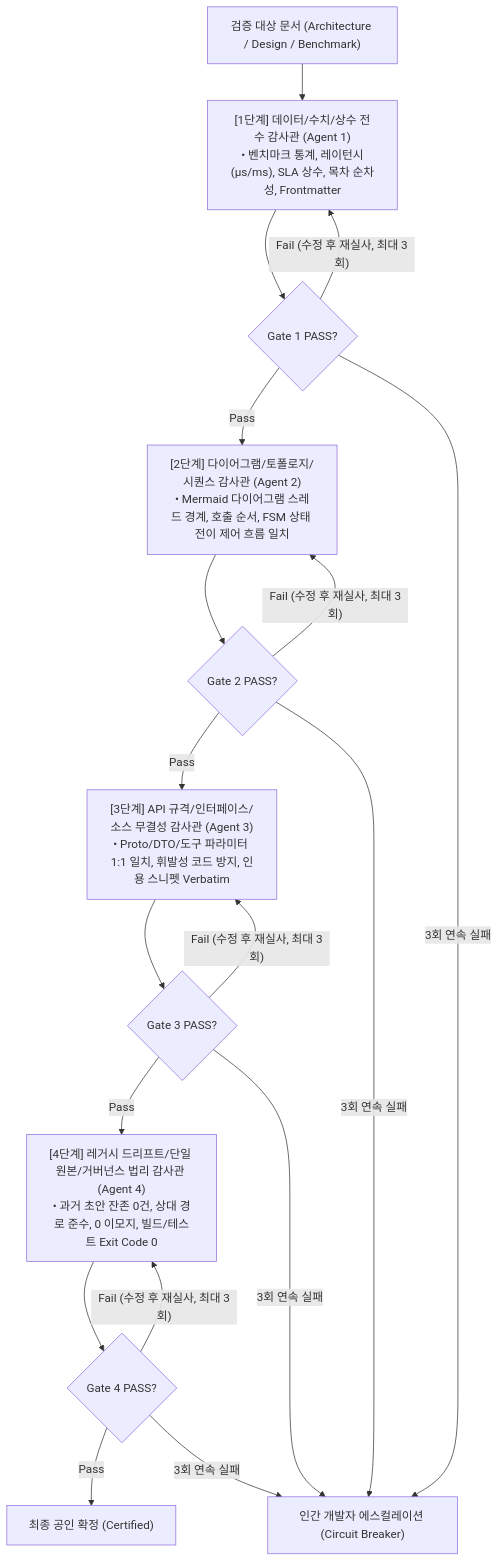
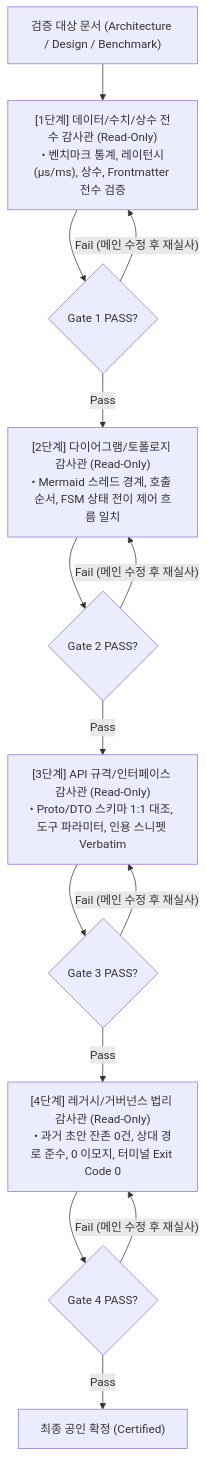
Before and after one commit to jin20203458/Obsidian.Agent: the diagram in ai_agent_refs/Independent_Audit_Protocol_Guidelines.md, drawn with Mermaid. The commit also changed other lines of this file and 3 other files, not shown here.

````diff
--- a/ai_agent_refs/Independent_Audit_Protocol_Guidelines.md
+++ b/ai_agent_refs/Independent_Audit_Protocol_Guidelines.md
@@ -47,36 +42,28 @@
 ```mermaid
 flowchart TD
     Doc["검증 대상 문서 (Architecture / Design / Benchmark)"]
 
-    Stage1["[1단계] 데이터/수치/상수 전수 감사관 (Agent 1)<br>• 벤치마크 통계, 레이턴시(μs/ms), SLA 상수, 목차 순차성, Frontmatter"]
+    Stage1["[1단계] 데이터/수치/상수 전수 감사관 (Read-Only)<br>• 벤치마크 통계, 레이턴시(μs/ms), 상수, Frontmatter 전수 검증"]
     Gate1{"Gate 1 PASS?"}
     
-    Stage2["[2단계] 다이어그램/토폴로지/시퀀스 감사관 (Agent 2)<br>• Mermaid 다이어그램 스레드 경계, 호출 순서, FSM 상태 전이 제어 흐름 일치"]
+    Stage2["[2단계] 다이어그램/토폴로지 감사관 (Read-Only)<br>• Mermaid 스레드 경계, 호출 순서, FSM 상태 전이 제어 흐름 일치"]
     Gate2{"Gate 2 PASS?"}
 
-    Stage3["[3단계] API 규격/인터페이스/소스 무결성 감사관 (Agent 3)<br>• Proto/DTO/도구 파라미터 1:1 일치, 휘발성 코드 방지, 인용 스니펫 Verbatim"]
+    Stage3["[3단계] API 규격/인터페이스 감사관 (Read-Only)<br>• Proto/DTO 스키마 1:1 대조, 도구 파라미터, 인용 스니펫 Verbatim"]
     Gate3{"Gate 3 PASS?"}
 
-    Stage4["[4단계] 레거시 드리프트/단일 원본/거버넌스 법리 감사관 (Agent 4)<br>• 과거 초안 잔존 0건, 상대 경로 준수, 0 이모지, 빌드/테스트 Exit Code 0"]
+    Stage4["[4단계] 레거시/거버넌스 법리 감사관 (Read-Only)<br>• 과거 초안 잔존 0건, 상대 경로 준수, 0 이모지, 터미널 Exit Code 0"]
     Gate4{"Gate 4 PASS?"}
 
     FinalPass["최종 공인 확정 (Certified)"]
-    Escalate["인간 개발자 에스컬레이션 (Circuit Breaker)"]
 
     Doc --> Stage1 --> Gate1
     Gate1 -- "Pass" --> Stage2 --> Gate2
-    Gate1 -- "Fail (수정 후 재실사, 최대 3회)" --> Stage1
-    Gate1 -- "3회 연속 실패" --> Escalate
-
+    Gate1 -- "Fail (메인 수정 후 재실사)" --> Stage1
     Gate2 -- "Pass" --> Stage3 --> Gate3
-    Gate2 -- "Fail (수정 후 재실사, 최대 3회)" --> Stage2
-    Gate2 -- "3회 연속 실패" --> Escalate
-
+    Gate2 -- "Fail (메인 수정 후 재실사)" --> Stage2
     Gate3 -- "Pass" --> Stage4 --> Gate4
-    Gate3 -- "Fail (수정 후 재실사, 최대 3회)" --> Stage3
-    Gate3 -- "3회 연속 실패" --> Escalate
-
+    Gate3 -- "Fail (메인 수정 후 재실사)" --> Stage3
     Gate4 -- "Pass" --> FinalPass
-    Gate4 -- "Fail (수정 후 재실사, 최대 3회)" --> Stage4
-    Gate4 -- "3회 연속 실패" --> Escalate
+    Gate4 -- "Fail (메인 수정 후 재실사)" --> Stage4
 ```
````
